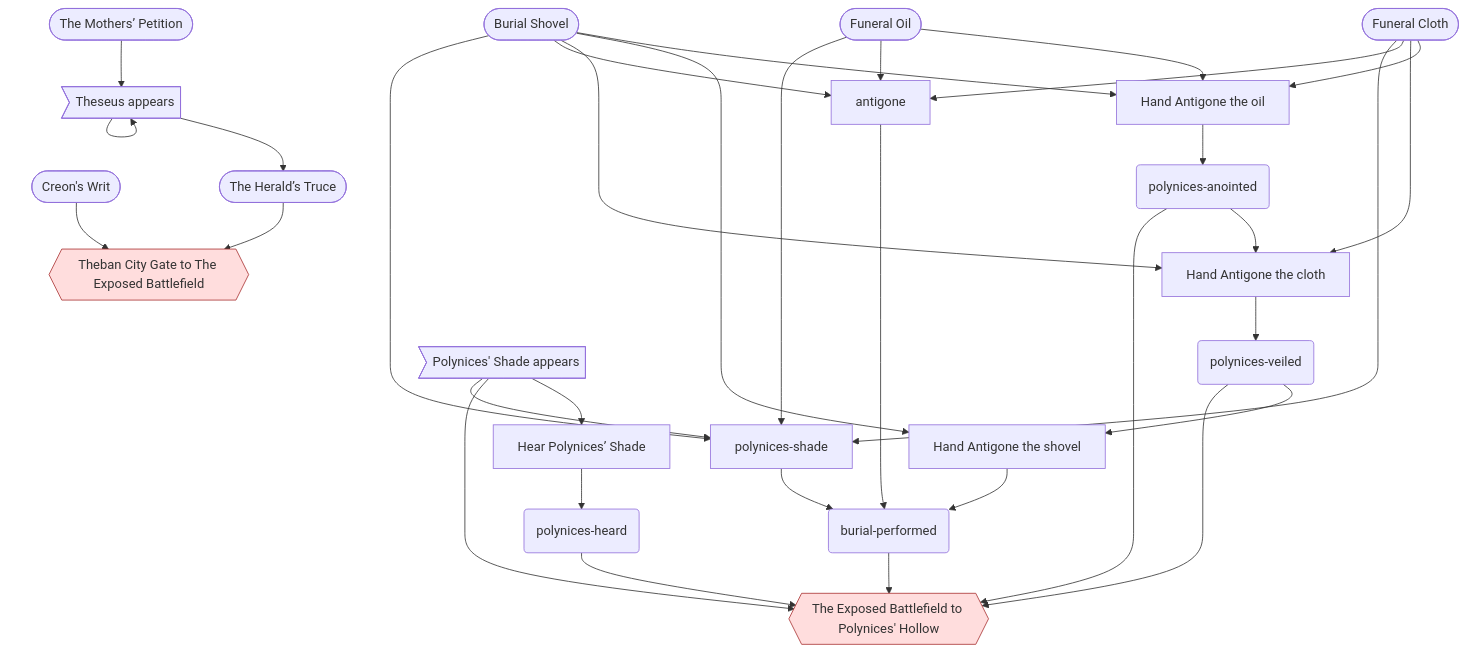
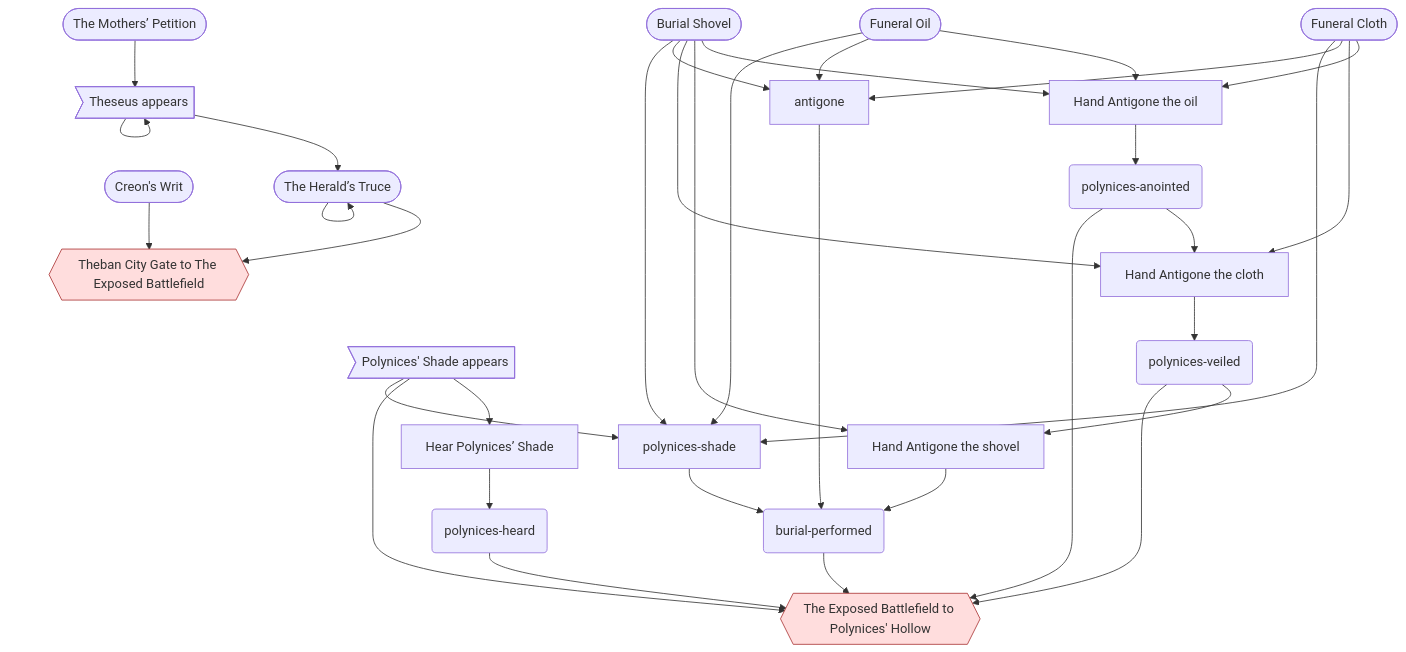
Before and after one commit to cenetex/cosyworld: diagram 11 of 13 in docs/maps/greek-drama.md, drawn with Mermaid. The commit also changed other lines of this file and 41 other files, not shown here.

````diff
--- a/docs/maps/greek-drama.md
+++ b/docs/maps/greek-drama.md
@@ -361,57 +361,58 @@
 ```mermaid
 flowchart TD
   n_act_greek_anoint_polynices["Hand Antigone the oil"]
   n_act_greek_bury_polynices["Hand Antigone the shovel"]
   n_act_greek_hear_polynices["Hear Polynices’ Shade"]
   n_act_greek_shroud_polynices["Hand Antigone the cloth"]
   n_flag_greek_burial_performed("burial-performed")
   n_flag_greek_polynices_anointed("polynices-anointed")
   n_flag_greek_polynices_heard("polynices-heard")
   n_flag_greek_polynices_veiled("polynices-veiled")
   n_item_greek_burial_petition(["The Mothers’ Petition"])
   n_item_greek_creon_writ(["Creon's Writ"])
   n_item_greek_funeral_cloth(["Funeral Cloth"])
   n_item_greek_oil_flask(["Funeral Oil"])
   n_item_greek_olive_branch(["The Herald’s Truce"])
   n_item_greek_shovel(["Burial Shovel"])
   n_resident_greek_polynices_shade>"Polynices' Shade appears"]
   n_resident_greek_theseus>"Theseus appears"]
   n_route_greek_battlefield_greek_polynices_hollow{{"The Exposed Battlefield to Polynices' Hollow"}}
   n_route_greek_gate_greek_battlefield{{"Theban City Gate to The Exposed Battlefield"}}
   n_want_greek_antigone["antigone"]
   n_want_greek_polynices_shade["polynices-shade"]
   n_act_greek_anoint_polynices --> n_flag_greek_polynices_anointed
   n_act_greek_bury_polynices --> n_flag_greek_burial_performed
   n_act_greek_hear_polynices --> n_flag_greek_polynices_heard
   n_act_greek_shroud_polynices --> n_flag_greek_polynices_veiled
   n_flag_greek_burial_performed --> n_route_greek_battlefield_greek_polynices_hollow
   n_flag_greek_polynices_anointed --> n_act_greek_shroud_polynices
   n_flag_greek_polynices_anointed --> n_route_greek_battlefield_greek_polynices_hollow
   n_flag_greek_polynices_heard --> n_route_greek_battlefield_greek_polynices_hollow
   n_flag_greek_polynices_veiled --> n_act_greek_bury_polynices
   n_flag_greek_polynices_veiled --> n_route_greek_battlefield_greek_polynices_hollow
   n_item_greek_burial_petition --> n_resident_greek_theseus
   n_item_greek_creon_writ --> n_route_greek_gate_greek_battlefield
   n_item_greek_funeral_cloth --> n_act_greek_anoint_polynices
   n_item_greek_funeral_cloth --> n_act_greek_shroud_polynices
   n_item_greek_funeral_cloth --> n_want_greek_antigone
   n_item_greek_funeral_cloth --> n_want_greek_polynices_shade
   n_item_greek_oil_flask --> n_act_greek_anoint_polynices
   n_item_greek_oil_flask --> n_want_greek_antigone
   n_item_greek_oil_flask --> n_want_greek_polynices_shade
+  n_item_greek_olive_branch --> n_item_greek_olive_branch
   n_item_greek_olive_branch --> n_route_greek_gate_greek_battlefield
   n_item_greek_shovel --> n_act_greek_anoint_polynices
   n_item_greek_shovel --> n_act_greek_bury_polynices
   n_item_greek_shovel --> n_act_greek_shroud_polynices
   n_item_greek_shovel --> n_want_greek_antigone
   n_item_greek_shovel --> n_want_greek_polynices_shade
   n_resident_greek_polynices_shade --> n_act_greek_hear_polynices
   n_resident_greek_polynices_shade --> n_route_greek_battlefield_greek_polynices_hollow
   n_resident_greek_polynices_shade --> n_want_greek_polynices_shade
   n_resident_greek_theseus --> n_item_greek_olive_branch
   n_resident_greek_theseus --> n_resident_greek_theseus
   n_want_greek_antigone --> n_flag_greek_burial_performed
   n_want_greek_polynices_shade --> n_flag_greek_burial_performed
   classDef gate fill:#fdd,stroke:#a33
   class n_route_greek_battlefield_greek_polynices_hollow,n_route_greek_gate_greek_battlefield gate
 ```
````
